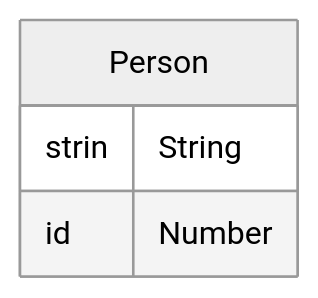
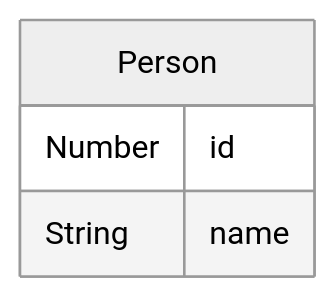
Before and after one commit to Matrix-Pride/HNGX-STAGE2: the diagram in README.md, drawn with Mermaid (neutral theme).

````diff
--- a/README.md
+++ b/README.md
@@ -22,7 +22,7 @@
 ```mermaid
     erDiagram 
         Person {
-            strin String
-            id Number
+            Number id
+            String name
         }
 ```
````
